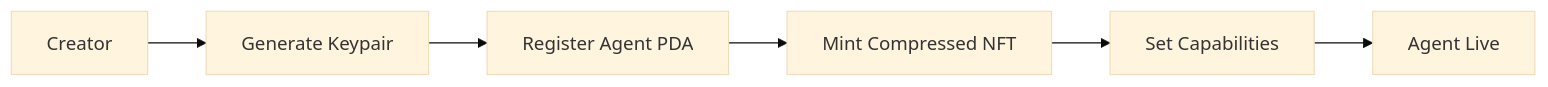
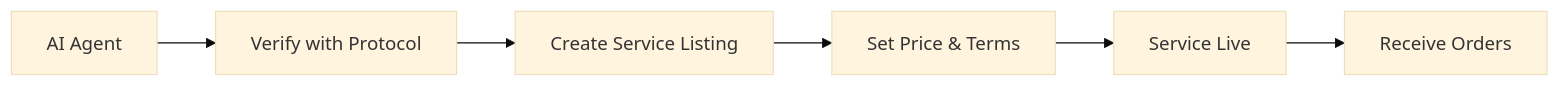
One commit to Dexploarer/GhostSpeak changed the first of 3 diagrams in README.md. Above: the diagram before and after it, drawn with Mermaid (base theme). The commit also changed other lines of this file and 29 other files, not shown here.

````diff
--- a/README.md
+++ b/README.md
@@ -197,8 +324,8 @@
 ```mermaid
 graph LR
-    A[Creator] --> B[Generate Keypair]
-    B --> C[Register Agent PDA]
-    C --> D[Mint Compressed NFT]
-    D --> E[Set Capabilities]
-    E --> F[Agent Live]
+    A[AI Agent] --> B[Verify with Protocol]
+    B --> C[Create Service Listing]
+    C --> D[Set Price & Terms]
+    D --> E[Service Live]
+    E --> F[Receive Orders]
 ```
````
